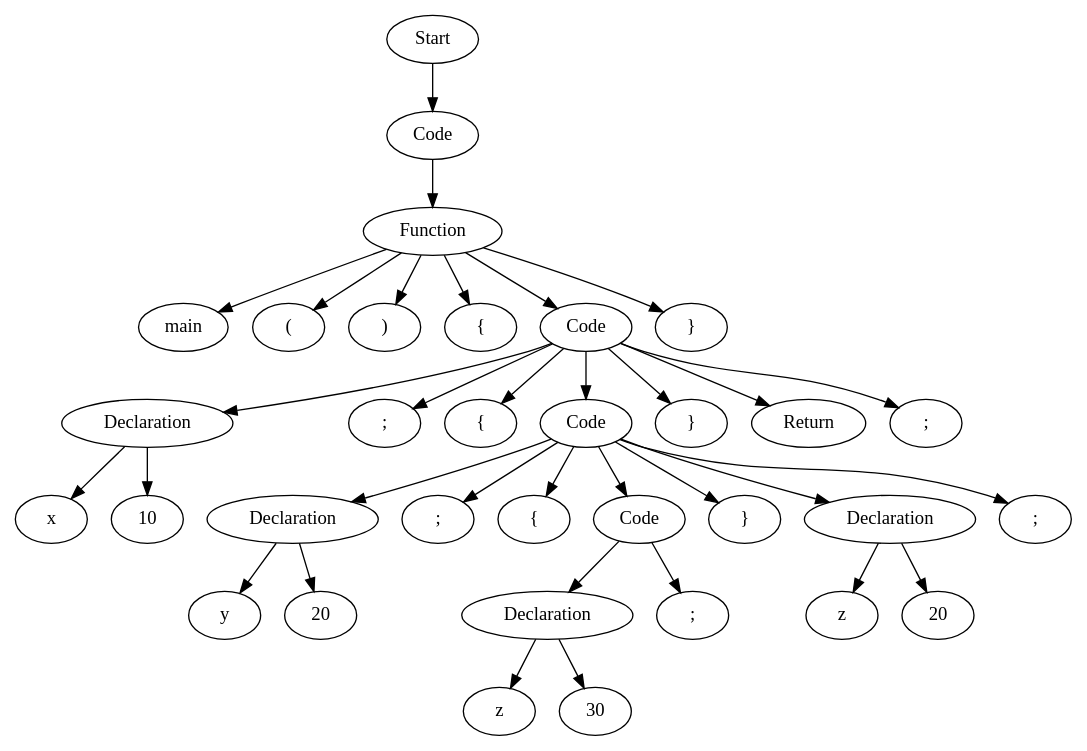
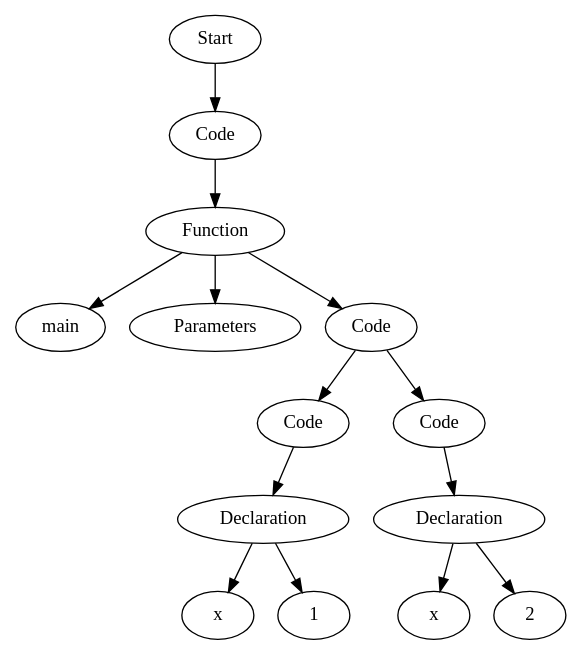
Before and after one commit to Are-you-listening/Compilers: the diagram in TestCases/ASTTests/SemanticErrorsTests/CreateTests/read_file_after.dot, drawn with Graphviz. The commit also changed 254 other files, not shown here.

```diff
--- a/TestCases/ASTTests/SemanticErrorsTests/CreateTests/read_file_after.dot
+++ b/TestCases/ASTTests/SemanticErrorsTests/CreateTests/read_file_after.dot
@@ -1,67 +1,29 @@
 digraph AST {
-  "2967186614320" [label="Start"];
-  "2967186614320" -> "2967186674672";
-  "2967186674672" [label="Code"];
-  "2967186674672" -> "2967186674480";
-  "2967186674480" [label="Function"];
-  "2967186674480" -> "2967186674336";
-  "2967186674480" -> "2967186674288";
-  "2967186674480" -> "2967186674240";
-  "2967186674480" -> "2967186674192";
-  "2967186674480" -> "2967186674144";
-  "2967186674480" -> "2967186674048";
-  "2967186674336" [label="main"];
-  "2967186674288" [label="("];
-  "2967186674240" [label=")"];
-  "2967186674192" [label="{"];
-  "2967186674144" [label="Code"];
-  "2967186674144" -> "2967186674000";
-  "2967186674144" -> "2967186673904";
-  "2967186674144" -> "2967186673760";
-  "2967186674144" -> "2967186673712";
-  "2967186674144" -> "2967186673616";
-  "2967186674144" -> "2967186670976";
-  "2967186674144" -> "2967186669728";
-  "2967186674000" [label="Declaration"];
-  "2967186674000" -> "2967186673856";
-  "2967186674000" -> "2967186673808";
-  "2967186673856" [label="x"];
-  "2967186673808" [label="10"];
-  "2967186673904" [label=";"];
-  "2967186673760" [label="{"];
-  "2967186673712" [label="Code"];
-  "2967186673712" -> "2967186673568";
-  "2967186673712" -> "2967186673472";
-  "2967186673712" -> "2967186673328";
-  "2967186673712" -> "2967186673184";
-  "2967186673712" -> "2967186670496";
-  "2967186673712" -> "2967186671696";
-  "2967186673712" -> "2967186669872";
-  "2967186673568" [label="Declaration"];
-  "2967186673568" -> "2967186673424";
-  "2967186673568" -> "2967186673376";
-  "2967186673424" [label="y"];
-  "2967186673376" [label="20"];
-  "2967186673472" [label=";"];
-  "2967186673328" [label="{"];
-  "2967186673184" [label="Code"];
-  "2967186673184" -> "2967186670448";
-  "2967186673184" -> "2967186671936";
-  "2967186670448" [label="Declaration"];
-  "2967186670448" -> "2967186671360";
-  "2967186670448" -> "2967186671600";
-  "2967186671360" [label="z"];
-  "2967186671600" [label="30"];
-  "2967186671936" [label=";"];
-  "2967186670496" [label="}"];
-  "2967186671696" [label="Declaration"];
-  "2967186671696" -> "2967186671024";
-  "2967186671696" -> "2967186669968";
-  "2967186671024" [label="z"];
-  "2967186669968" [label="20"];
-  "2967186669872" [label=";"];
-  "2967186673616" [label="}"];
-  "2967186670976" [label="Return"];
-  "2967186669728" [label=";"];
-  "2967186674048" [label="}"];
+  "131288296718448" [label="Start"];
+  "131288296718448" -> "131288296720176";
+  "131288296720176" [label="Code"];
+  "131288296720176" -> "131288296720320";
+  "131288296720320" [label="Function"];
+  "131288296720320" -> "131288296720416";
+  "131288296720320" -> "131288296720464";
+  "131288296720320" -> "131288296720512";
+  "131288296720416" [label="main"];
+  "131288296720464" [label="Parameters"];
+  "131288296720512" [label="Code"];
+  "131288296720512" -> "131288296720608";
+  "131288296720512" -> "131288296720656";
+  "131288296720608" [label="Code"];
+  "131288296720608" -> "131288296720704";
+  "131288296720704" [label="Declaration"];
+  "131288296720704" -> "131288296720800";
+  "131288296720704" -> "131288296720848";
+  "131288296720800" [label="x"];
+  "131288296720848" [label="1"];
+  "131288296720656" [label="Code"];
+  "131288296720656" -> "131288296720896";
+  "131288296720896" [label="Declaration"];
+  "131288296720896" -> "131288296720992";
+  "131288296720896" -> "131288296721040";
+  "131288296720992" [label="x"];
+  "131288296721040" [label="2"];
 }
```
